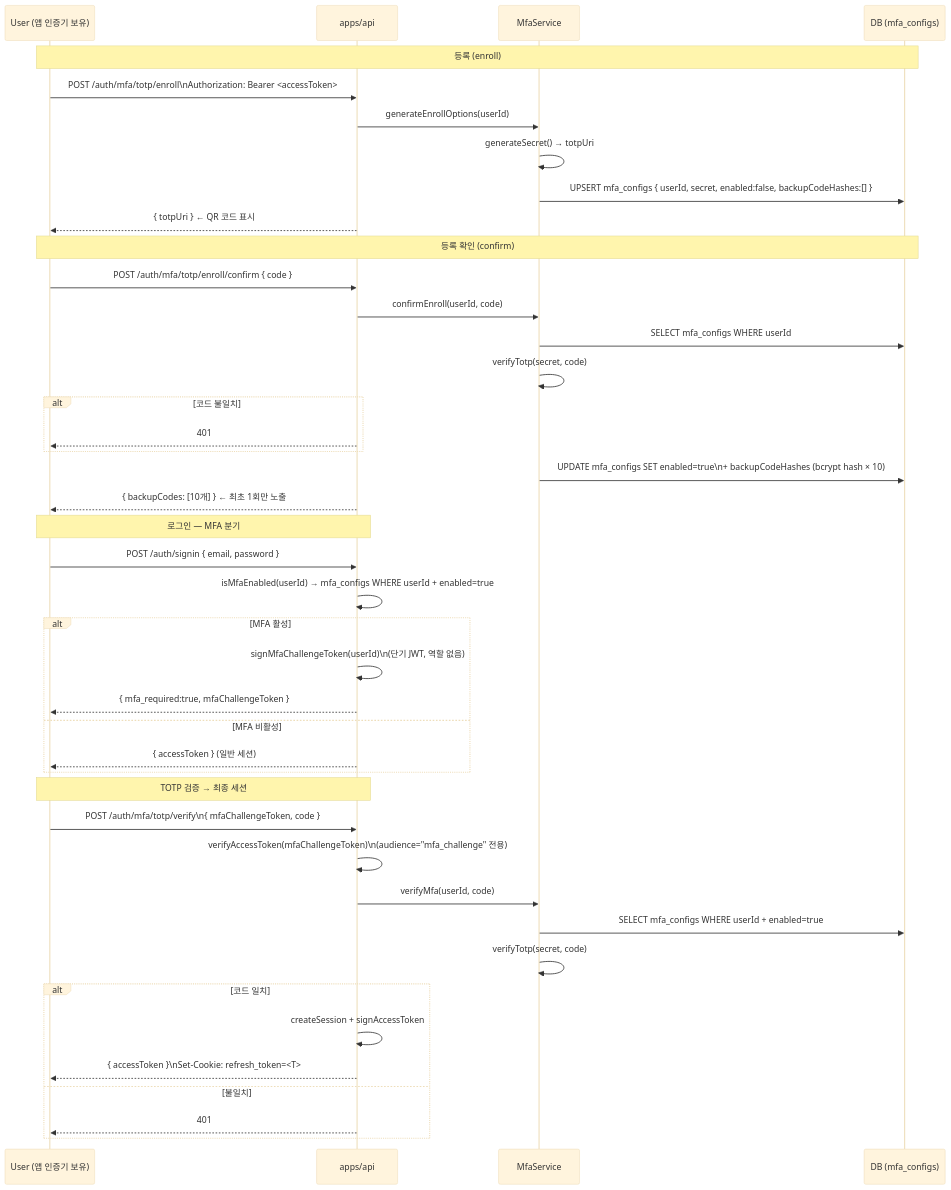
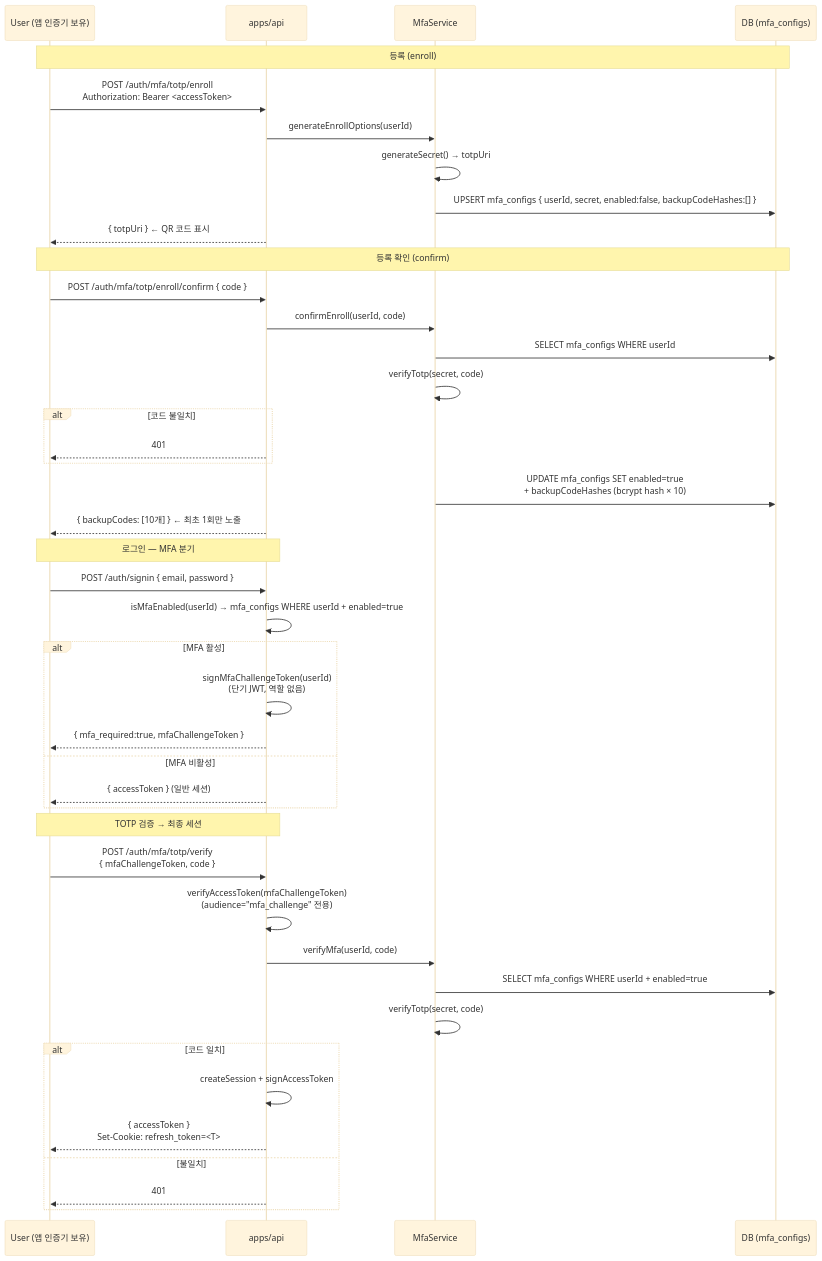
The diagram in docs/explainers/auth/mfa-totp-challenge.md (Changsik00/service-foundry), drawn with Mermaid (base theme) before and after one commit. The commit also changed 22 other files, not shown here.

Commit message:
docs(phase-14): fix mermaid literal \n → <br/> + docs-lint mermaid check

````diff
--- a/docs/explainers/auth/mfa-totp-challenge.md
+++ b/docs/explainers/auth/mfa-totp-challenge.md
@@ -18,48 +18,48 @@
 ```mermaid
 sequenceDiagram
     participant U as User (앱 인증기 보유)
     participant API as apps/api
     participant MFA as MfaService
     participant DB as DB (mfa_configs)
 
     Note over U,DB: 등록 (enroll)
-    U->>API: POST /auth/mfa/totp/enroll\nAuthorization: Bearer <accessToken>
+    U->>API: POST /auth/mfa/totp/enroll<br/>Authorization: Bearer <accessToken>
     API->>MFA: generateEnrollOptions(userId)
     MFA->>MFA: generateSecret() → totpUri
     MFA->>DB: UPSERT mfa_configs { userId, secret, enabled:false, backupCodeHashes:[] }
     API-->>U: { totpUri } ← QR 코드 표시
 
     Note over U,DB: 등록 확인 (confirm)
     U->>API: POST /auth/mfa/totp/enroll/confirm { code }
     API->>MFA: confirmEnroll(userId, code)
     MFA->>DB: SELECT mfa_configs WHERE userId
     MFA->>MFA: verifyTotp(secret, code)
     alt 코드 불일치
         API-->>U: 401
     end
-    MFA->>DB: UPDATE mfa_configs SET enabled=true\n+ backupCodeHashes (bcrypt hash × 10)
+    MFA->>DB: UPDATE mfa_configs SET enabled=true<br/>+ backupCodeHashes (bcrypt hash × 10)
     API-->>U: { backupCodes: [10개] } ← 최초 1회만 노출
 
     Note over U,API: 로그인 — MFA 분기
     U->>API: POST /auth/signin { email, password }
     API->>API: isMfaEnabled(userId) → mfa_configs WHERE userId + enabled=true
     alt MFA 활성
-        API->>API: signMfaChallengeToken(userId)\n(단기 JWT, 역할 없음)
+        API->>API: signMfaChallengeToken(userId)<br/>(단기 JWT, 역할 없음)
         API-->>U: { mfa_required:true, mfaChallengeToken }
     else MFA 비활성
         API-->>U: { accessToken } (일반 세션)
     end
 
     Note over U,API: TOTP 검증 → 최종 세션
-    U->>API: POST /auth/mfa/totp/verify\n{ mfaChallengeToken, code }
-    API->>API: verifyAccessToken(mfaChallengeToken)\n(audience="mfa_challenge" 전용)
+    U->>API: POST /auth/mfa/totp/verify<br/>{ mfaChallengeToken, code }
+    API->>API: verifyAccessToken(mfaChallengeToken)<br/>(audience="mfa_challenge" 전용)
     API->>MFA: verifyMfa(userId, code)
     MFA->>DB: SELECT mfa_configs WHERE userId + enabled=true
     MFA->>MFA: verifyTotp(secret, code)
     alt 코드 일치
         API->>API: createSession + signAccessToken
-        API-->>U: { accessToken }\nSet-Cookie: refresh_token=<T>
+        API-->>U: { accessToken }<br/>Set-Cookie: refresh_token=<T>
     else 불일치
         API-->>U: 401
     end
 ```
````
